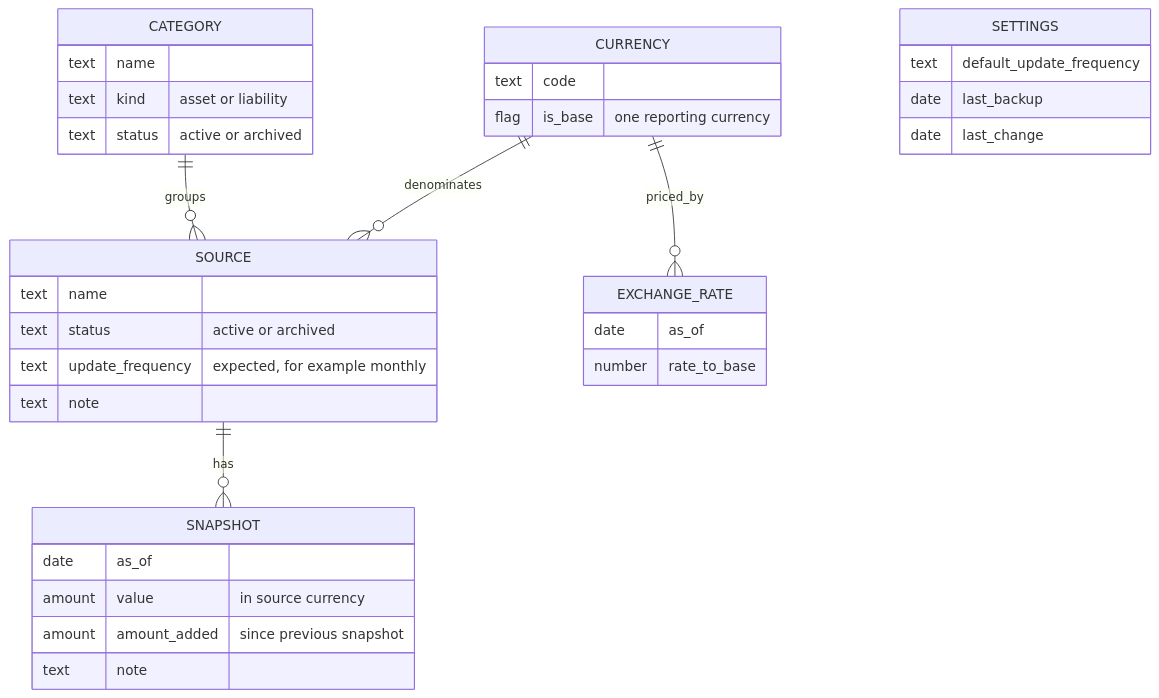
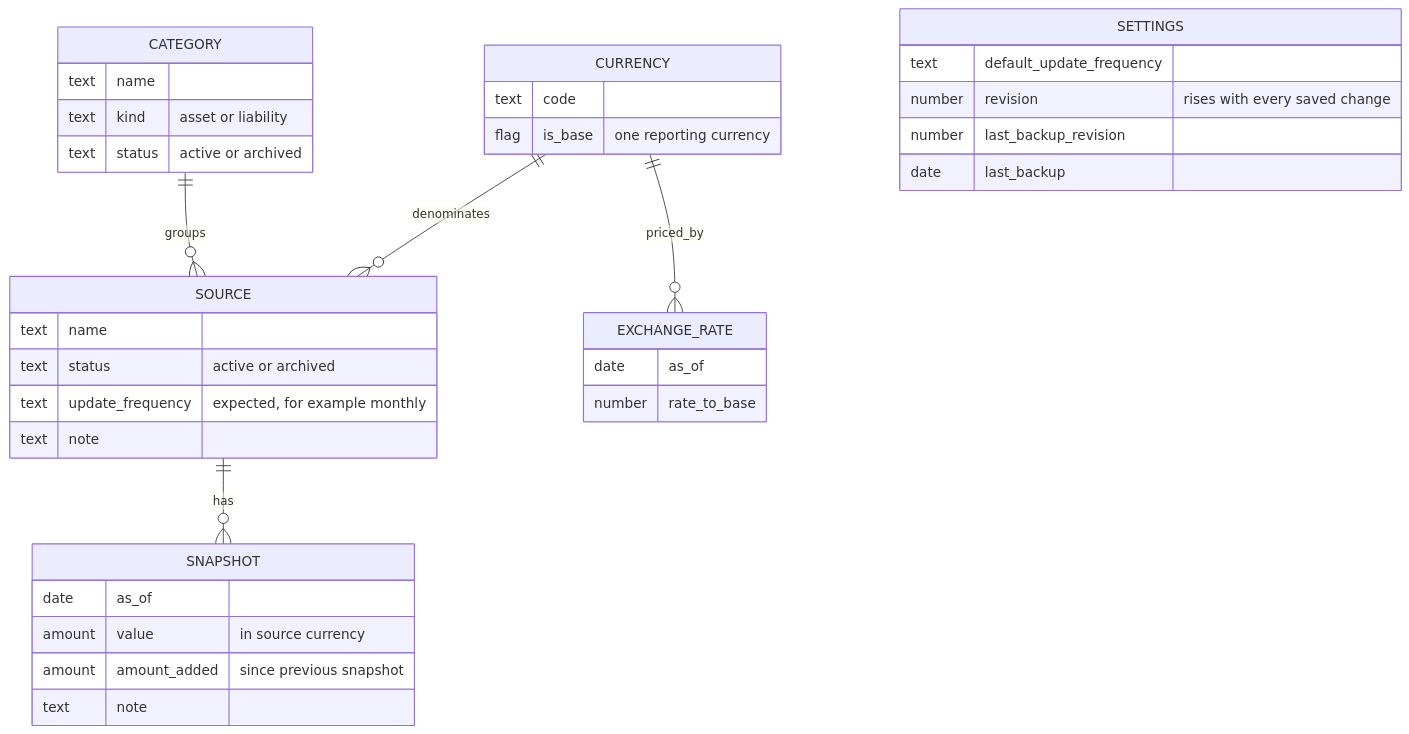
One commit to arpit92k/Fortuna changed the second of 2 diagrams in docs/architecture.md. Above: the diagram before and after it, drawn with Mermaid. The commit also changed other lines of this file and 4 other files, not shown here.

````diff
--- a/docs/architecture.md
+++ b/docs/architecture.md
@@ -67,38 +67,39 @@
 ```mermaid
 erDiagram
     CATEGORY ||--o{ SOURCE : groups
     CURRENCY ||--o{ SOURCE : denominates
     SOURCE ||--o{ SNAPSHOT : has
     CURRENCY ||--o{ EXCHANGE_RATE : priced_by
 
     CATEGORY {
         text name
         text kind "asset or liability"
         text status "active or archived"
     }
     SOURCE {
         text name
         text status "active or archived"
         text update_frequency "expected, for example monthly"
         text note
     }
     SNAPSHOT {
         date as_of
         amount value "in source currency"
         amount amount_added "since previous snapshot"
         text note
     }
     CURRENCY {
         text code
         flag is_base "one reporting currency"
     }
     EXCHANGE_RATE {
         date as_of
         number rate_to_base
     }
     SETTINGS {
         text default_update_frequency
+        number revision "rises with every saved change"
+        number last_backup_revision
         date last_backup
-        date last_change
     }
 ```
````
